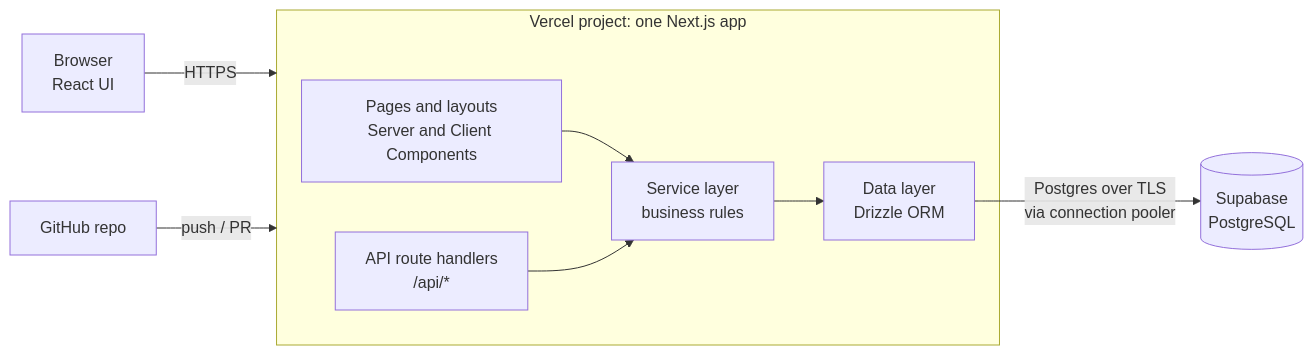
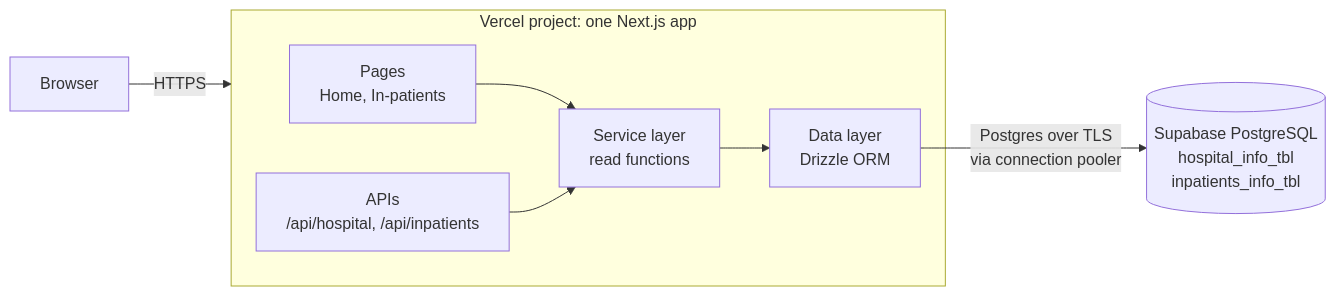
One commit to manojshetty28/hospitalportalbyclaude changed the diagram in docs/technical-solution.md. Above: the diagram before and after it, drawn with Mermaid. The commit also changed other lines of this file, not shown here.

First line of the commit message:
Trim technical solution doc to the two read-only pages

````diff
--- a/docs/technical-solution.md
+++ b/docs/technical-solution.md
@@ -19,15 +19,14 @@
 ```mermaid
 flowchart LR
-  B[Browser<br/>React UI] -- HTTPS --> V
+  B[Browser] -- HTTPS --> V
   subgraph V[Vercel project: one Next.js app]
-    P[Pages and layouts<br/>Server and Client Components]
-    A[API route handlers<br/>/api/*]
-    S[Service layer<br/>business rules]
+    P[Pages<br/>Home, In-patients]
+    A[APIs<br/>/api/hospital, /api/inpatients]
+    S[Service layer<br/>read functions]
     D[Data layer<br/>Drizzle ORM]
     P --> S
     A --> S
     S --> D
   end
-  D -- Postgres over TLS<br/>via connection pooler --> DB[(Supabase<br/>PostgreSQL)]
-  GH[GitHub repo] -- push / PR --> V
+  D -- Postgres over TLS<br/>via connection pooler --> DB[(Supabase PostgreSQL<br/>hospital_info_tbl<br/>inpatients_info_tbl)]
 ```
````
